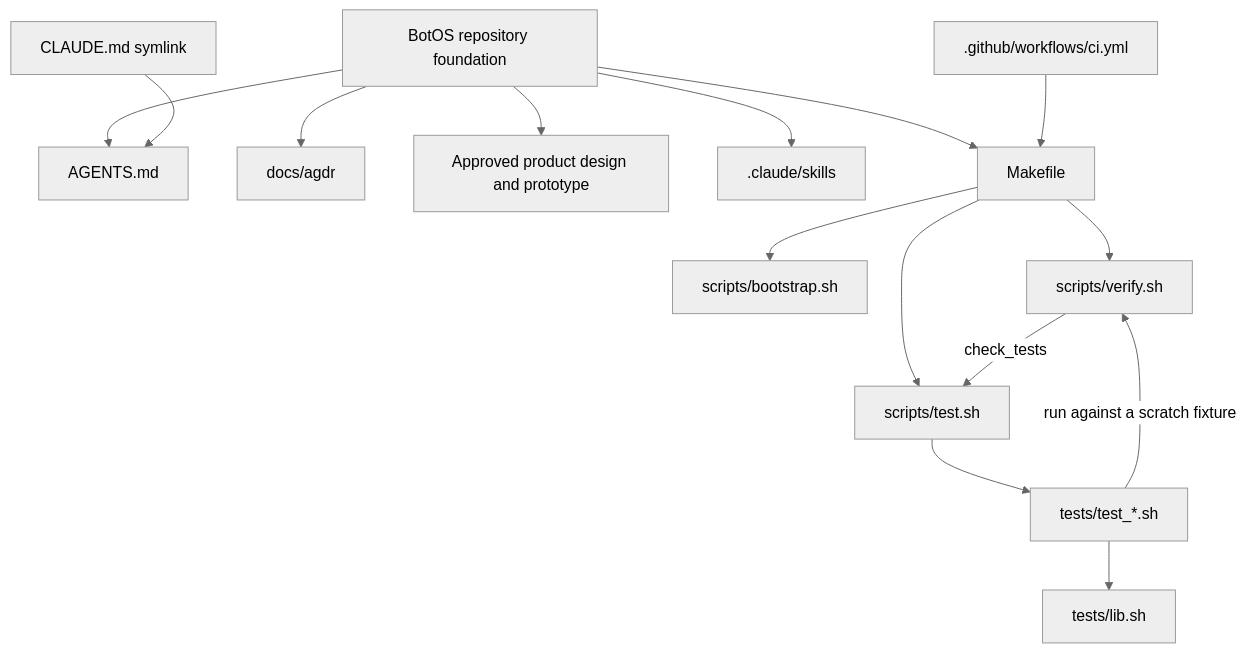
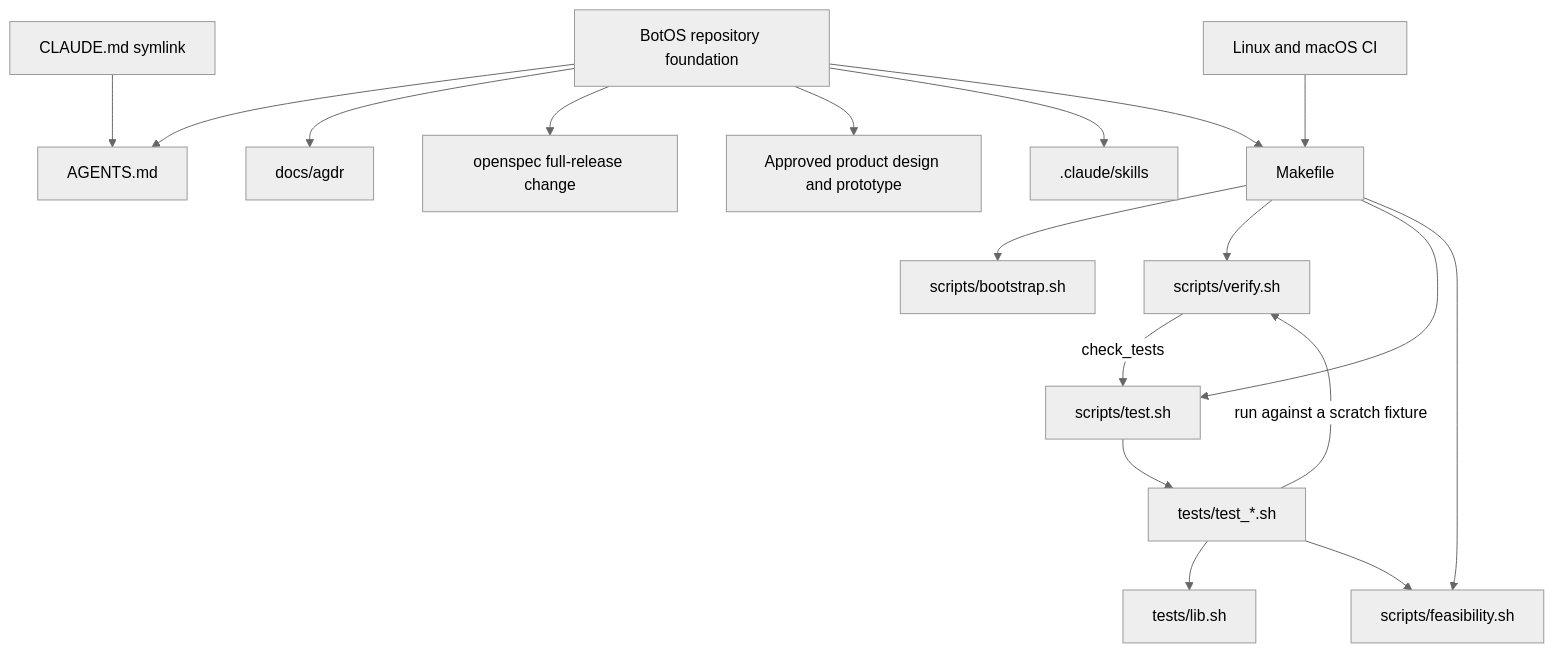
One commit to MaxGoh/BotOS changed the diagram in docs/DEPENDENCY-GRAPH.md. Above: the diagram before and after it, drawn with Mermaid (neutral theme). The commit also changed other lines of this file and 44 other files, not shown here.

````diff
--- a/docs/DEPENDENCY-GRAPH.md
+++ b/docs/DEPENDENCY-GRAPH.md
@@ -32,17 +33,20 @@
 ```mermaid
 flowchart TD
     Repo[BotOS repository foundation] --> Instructions[AGENTS.md]
     Claude[CLAUDE.md symlink] --> Instructions
     Repo --> Decisions[docs/agdr]
+    Repo --> ReleaseSpec[openspec full-release change]
     Repo --> Design[Approved product design and prototype]
     Repo --> Skills[.claude/skills]
     Repo --> Gate[Makefile]
     Gate --> Bootstrap[scripts/bootstrap.sh]
     Gate --> Verify[scripts/verify.sh]
     Gate --> Suite[scripts/test.sh]
     Verify -->|check_tests| Suite
     Suite --> Cases[tests/test_*.sh]
     Cases --> Lib[tests/lib.sh]
     Cases -->|run against a scratch fixture| Verify
-    CI[.github/workflows/ci.yml] --> Gate
+    Gate --> Probes[scripts/feasibility.sh]
+    Cases --> Probes
+    CI[Linux and macOS CI] --> Gate
 ```
````
